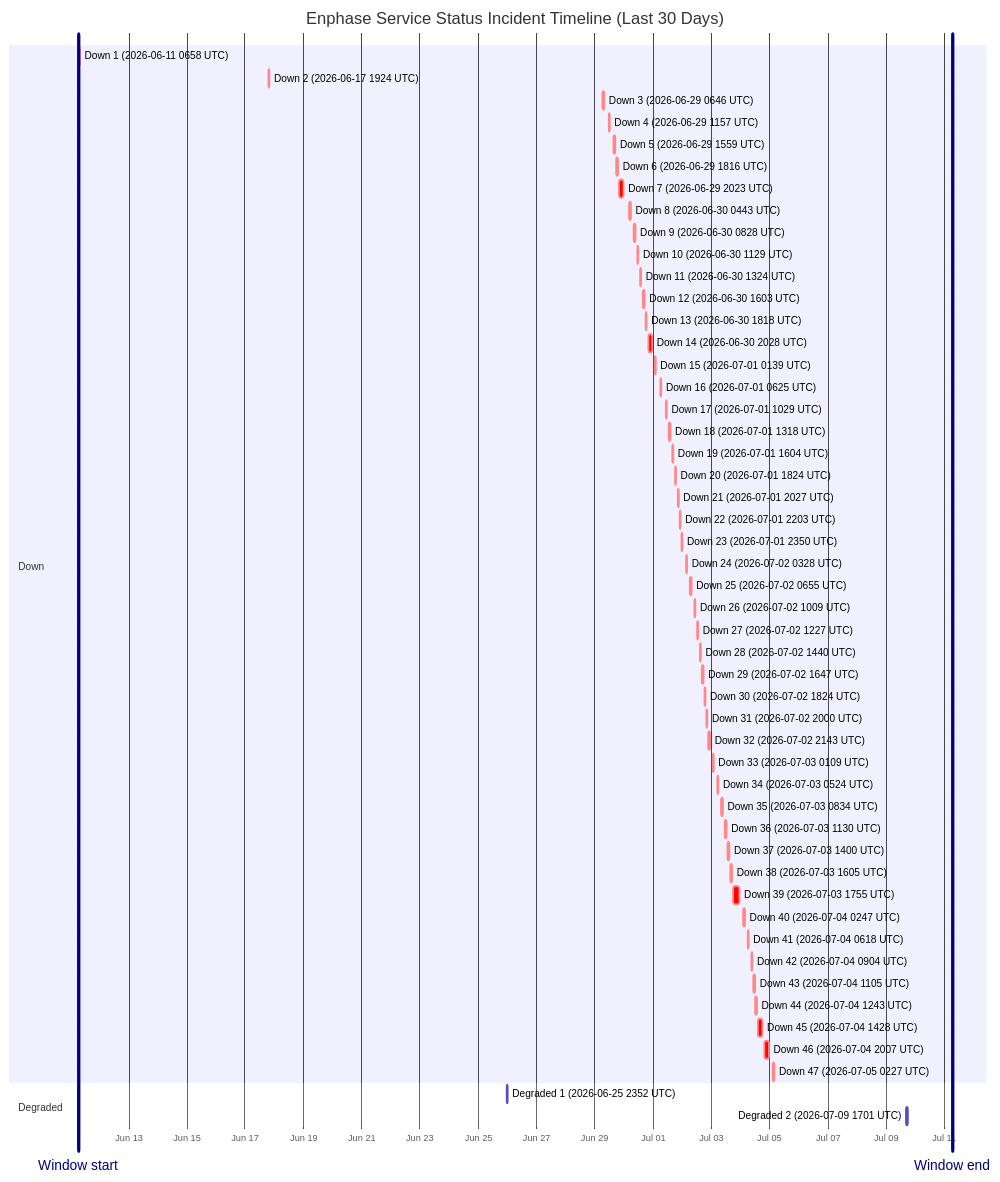
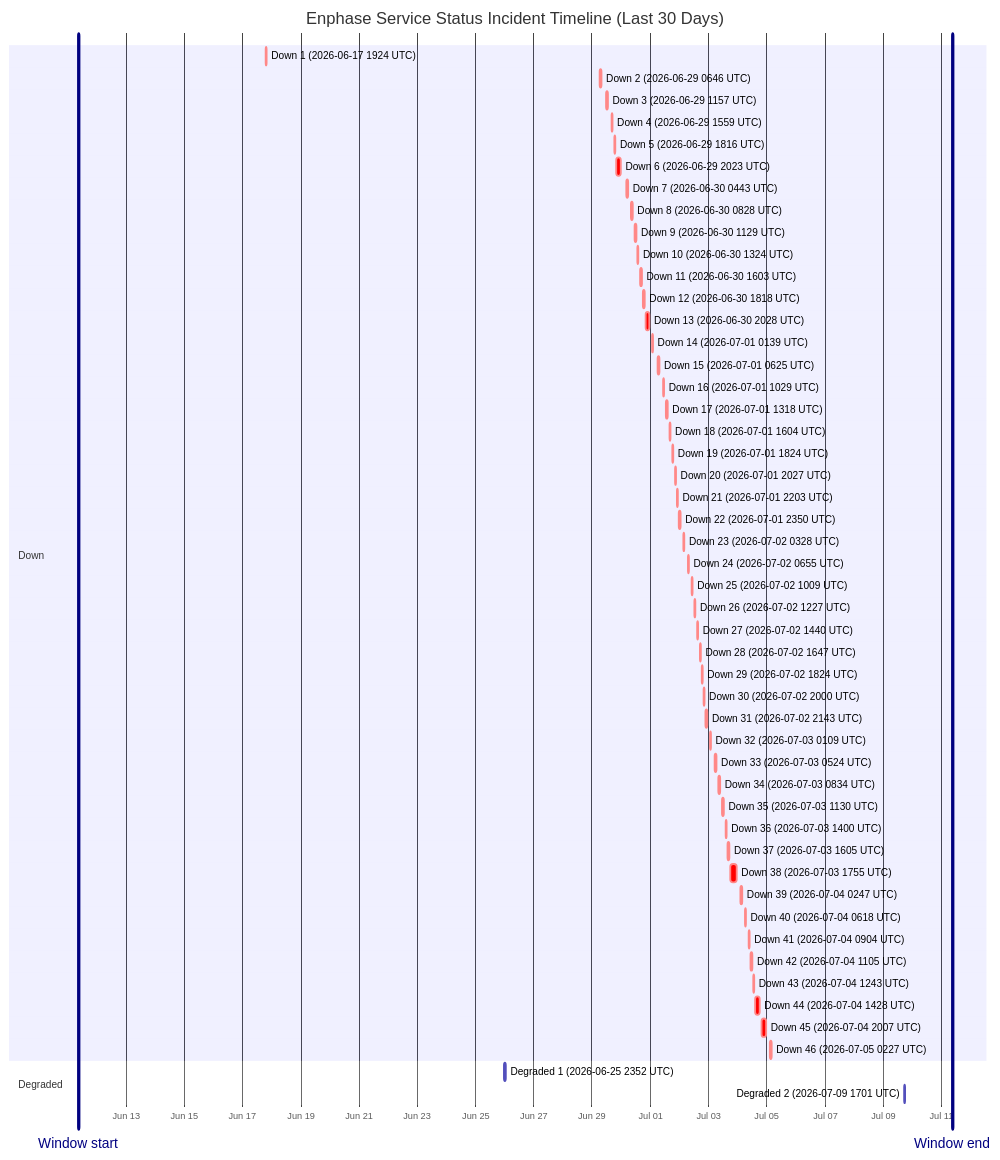
Before and after one commit to barneyonline/ha-enphase-energy: the diagram in wiki/Service-Status-History.md, drawn with Mermaid. The commit also changed other lines of this file and 3 other files, not shown here.

````diff
--- a/wiki/Service-Status-History.md
+++ b/wiki/Service-Status-History.md
@@ -14,59 +14,58 @@
 ```mermaid
 gantt
     title Enphase Service Status Incident Timeline (Last 30 Days)
     dateFormat  YYYY-MM-DDTHH:mm:ss
     axisFormat  %b %d
-    Window start :vert, window-start, 2026-06-11T06:34:17, 0ms
-    Window end :vert, window-end, 2026-07-11T06:34:17, 0ms
+    Window start :vert, window-start, 2026-06-11T08:45:29, 0ms
+    Window end :vert, window-end, 2026-07-11T08:45:29, 0ms
     section Down
-    Down 1 (2026-06-11 0658 UTC) :crit, down-1, 2026-06-11T06:58:45, 60m
-    Down 2 (2026-06-17 1924 UTC) :crit, down-2, 2026-06-17T19:24:51, 60m
-    Down 3 (2026-06-29 0646 UTC) :crit, down-3, 2026-06-29T06:46:18, 60m
-    Down 4 (2026-06-29 1157 UTC) :crit, down-4, 2026-06-29T11:57:36, 60m
-    Down 5 (2026-06-29 1559 UTC) :crit, down-5, 2026-06-29T15:59:02, 60m
-    Down 6 (2026-06-29 1816 UTC) :crit, down-6, 2026-06-29T18:16:38, 60m
-    Down 7 (2026-06-29 2023 UTC) :crit, down-7, 2026-06-29T20:23:16, 220m
-    Down 8 (2026-06-30 0443 UTC) :crit, down-8, 2026-06-30T04:43:54, 60m
-    Down 9 (2026-06-30 0828 UTC) :crit, down-9, 2026-06-30T08:28:43, 60m
-    Down 10 (2026-06-30 1129 UTC) :crit, down-10, 2026-06-30T11:29:15, 60m
-    Down 11 (2026-06-30 1324 UTC) :crit, down-11, 2026-06-30T13:24:25, 60m
-    Down 12 (2026-06-30 1603 UTC) :crit, down-12, 2026-06-30T16:03:26, 60m
-    Down 13 (2026-06-30 1818 UTC) :crit, down-13, 2026-06-30T18:18:39, 60m
-    Down 14 (2026-06-30 2028 UTC) :crit, down-14, 2026-06-30T20:28:54, 171m
-    Down 15 (2026-07-01 0139 UTC) :crit, down-15, 2026-07-01T01:39:18, 60m
-    Down 16 (2026-07-01 0625 UTC) :crit, down-16, 2026-07-01T06:25:35, 60m
-    Down 17 (2026-07-01 1029 UTC) :crit, down-17, 2026-07-01T10:29:24, 60m
-    Down 18 (2026-07-01 1318 UTC) :crit, down-18, 2026-07-01T13:18:31, 60m
-    Down 19 (2026-07-01 1604 UTC) :crit, down-19, 2026-07-01T16:04:29, 60m
-    Down 20 (2026-07-01 1824 UTC) :crit, down-20, 2026-07-01T18:24:21, 60m
-    Down 21 (2026-07-01 2027 UTC) :crit, down-21, 2026-07-01T20:27:17, 60m
-    Down 22 (2026-07-01 2203 UTC) :crit, down-22, 2026-07-01T22:03:46, 60m
-    Down 23 (2026-07-01 2350 UTC) :crit, down-23, 2026-07-01T23:50:52, 60m
-    Down 24 (2026-07-02 0328 UTC) :crit, down-24, 2026-07-02T03:28:33, 60m
-    Down 25 (2026-07-02 0655 UTC) :crit, down-25, 2026-07-02T06:55:07, 60m
-    Down 26 (2026-07-02 1009 UTC) :crit, down-26, 2026-07-02T10:09:15, 60m
-    Down 27 (2026-07-02 1227 UTC) :crit, down-27, 2026-07-02T12:27:49, 60m
-    Down 28 (2026-07-02 1440 UTC) :crit, down-28, 2026-07-02T14:40:53, 60m
-    Down 29 (2026-07-02 1647 UTC) :crit, down-29, 2026-07-02T16:47:47, 60m
-    Down 30 (2026-07-02 1824 UTC) :crit, down-30, 2026-07-02T18:24:26, 60m
-    Down 31 (2026-07-02 2000 UTC) :crit, down-31, 2026-07-02T20:00:57, 60m
-    Down 32 (2026-07-02 2143 UTC) :crit, down-32, 2026-07-02T21:43:52, 80m
-    Down 33 (2026-07-03 0109 UTC) :crit, down-33, 2026-07-03T01:09:19, 60m
-    Down 34 (2026-07-03 0524 UTC) :crit, down-34, 2026-07-03T05:24:23, 60m
-    Down 35 (2026-07-03 0834 UTC) :crit, down-35, 2026-07-03T08:34:05, 60m
-    Down 36 (2026-07-03 1130 UTC) :crit, down-36, 2026-07-03T11:30:41, 60m
-    Down 37 (2026-07-03 1400 UTC) :crit, down-37, 2026-07-03T14:00:48, 60m
-    Down 38 (2026-07-03 1605 UTC) :crit, down-38, 2026-07-03T16:05:49, 60m
-    Down 39 (2026-07-03 1755 UTC) :crit, down-39, 2026-07-03T17:55:54, 338m
-    Down 40 (2026-07-04 0247 UTC) :crit, down-40, 2026-07-04T02:47:22, 60m
-    Down 41 (2026-07-04 0618 UTC) :crit, down-41, 2026-07-04T06:18:09, 60m
-    Down 42 (2026-07-04 0904 UTC) :crit, down-42, 2026-07-04T09:04:41, 60m
-    Down 43 (2026-07-04 1105 UTC) :crit, down-43, 2026-07-04T11:05:21, 60m
-    Down 44 (2026-07-04 1243 UTC) :crit, down-44, 2026-07-04T12:43:25, 60m
-    Down 45 (2026-07-04 1428 UTC) :crit, down-45, 2026-07-04T14:28:07, 243m
-    Down 46 (2026-07-04 2007 UTC) :crit, down-46, 2026-07-04T20:07:50, 206m
-    Down 47 (2026-07-05 0227 UTC) :crit, down-47, 2026-07-05T02:27:32, 109m
+    Down 1 (2026-06-17 1924 UTC) :crit, down-1, 2026-06-17T19:24:51, 60m
+    Down 2 (2026-06-29 0646 UTC) :crit, down-2, 2026-06-29T06:46:18, 60m
+    Down 3 (2026-06-29 1157 UTC) :crit, down-3, 2026-06-29T11:57:36, 60m
+    Down 4 (2026-06-29 1559 UTC) :crit, down-4, 2026-06-29T15:59:02, 60m
+    Down 5 (2026-06-29 1816 UTC) :crit, down-5, 2026-06-29T18:16:38, 60m
+    Down 6 (2026-06-29 2023 UTC) :crit, down-6, 2026-06-29T20:23:16, 220m
+    Down 7 (2026-06-30 0443 UTC) :crit, down-7, 2026-06-30T04:43:54, 60m
+    Down 8 (2026-06-30 0828 UTC) :crit, down-8, 2026-06-30T08:28:43, 60m
+    Down 9 (2026-06-30 1129 UTC) :crit, down-9, 2026-06-30T11:29:15, 60m
+    Down 10 (2026-06-30 1324 UTC) :crit, down-10, 2026-06-30T13:24:25, 60m
+    Down 11 (2026-06-30 1603 UTC) :crit, down-11, 2026-06-30T16:03:26, 60m
+    Down 12 (2026-06-30 1818 UTC) :crit, down-12, 2026-06-30T18:18:39, 60m
+    Down 13 (2026-06-30 2028 UTC) :crit, down-13, 2026-06-30T20:28:54, 171m
+    Down 14 (2026-07-01 0139 UTC) :crit, down-14, 2026-07-01T01:39:18, 60m
+    Down 15 (2026-07-01 0625 UTC) :crit, down-15, 2026-07-01T06:25:35, 60m
+    Down 16 (2026-07-01 1029 UTC) :crit, down-16, 2026-07-01T10:29:24, 60m
+    Down 17 (2026-07-01 1318 UTC) :crit, down-17, 2026-07-01T13:18:31, 60m
+    Down 18 (2026-07-01 1604 UTC) :crit, down-18, 2026-07-01T16:04:29, 60m
+    Down 19 (2026-07-01 1824 UTC) :crit, down-19, 2026-07-01T18:24:21, 60m
+    Down 20 (2026-07-01 2027 UTC) :crit, down-20, 2026-07-01T20:27:17, 60m
+    Down 21 (2026-07-01 2203 UTC) :crit, down-21, 2026-07-01T22:03:46, 60m
+    Down 22 (2026-07-01 2350 UTC) :crit, down-22, 2026-07-01T23:50:52, 60m
+    Down 23 (2026-07-02 0328 UTC) :crit, down-23, 2026-07-02T03:28:33, 60m
+    Down 24 (2026-07-02 0655 UTC) :crit, down-24, 2026-07-02T06:55:07, 60m
+    Down 25 (2026-07-02 1009 UTC) :crit, down-25, 2026-07-02T10:09:15, 60m
+    Down 26 (2026-07-02 1227 UTC) :crit, down-26, 2026-07-02T12:27:49, 60m
+    Down 27 (2026-07-02 1440 UTC) :crit, down-27, 2026-07-02T14:40:53, 60m
+    Down 28 (2026-07-02 1647 UTC) :crit, down-28, 2026-07-02T16:47:47, 60m
+    Down 29 (2026-07-02 1824 UTC) :crit, down-29, 2026-07-02T18:24:26, 60m
+    Down 30 (2026-07-02 2000 UTC) :crit, down-30, 2026-07-02T20:00:57, 60m
+    Down 31 (2026-07-02 2143 UTC) :crit, down-31, 2026-07-02T21:43:52, 80m
+    Down 32 (2026-07-03 0109 UTC) :crit, down-32, 2026-07-03T01:09:19, 60m
+    Down 33 (2026-07-03 0524 UTC) :crit, down-33, 2026-07-03T05:24:23, 60m
+    Down 34 (2026-07-03 0834 UTC) :crit, down-34, 2026-07-03T08:34:05, 60m
+    Down 35 (2026-07-03 1130 UTC) :crit, down-35, 2026-07-03T11:30:41, 60m
+    Down 36 (2026-07-03 1400 UTC) :crit, down-36, 2026-07-03T14:00:48, 60m
+    Down 37 (2026-07-03 1605 UTC) :crit, down-37, 2026-07-03T16:05:49, 60m
+    Down 38 (2026-07-03 1755 UTC) :crit, down-38, 2026-07-03T17:55:54, 338m
+    Down 39 (2026-07-04 0247 UTC) :crit, down-39, 2026-07-04T02:47:22, 60m
+    Down 40 (2026-07-04 0618 UTC) :crit, down-40, 2026-07-04T06:18:09, 60m
+    Down 41 (2026-07-04 0904 UTC) :crit, down-41, 2026-07-04T09:04:41, 60m
+    Down 42 (2026-07-04 1105 UTC) :crit, down-42, 2026-07-04T11:05:21, 60m
+    Down 43 (2026-07-04 1243 UTC) :crit, down-43, 2026-07-04T12:43:25, 60m
+    Down 44 (2026-07-04 1428 UTC) :crit, down-44, 2026-07-04T14:28:07, 243m
+    Down 45 (2026-07-04 2007 UTC) :crit, down-45, 2026-07-04T20:07:50, 206m
+    Down 46 (2026-07-05 0227 UTC) :crit, down-46, 2026-07-05T02:27:32, 109m
     section Degraded
     Degraded 1 (2026-06-25 2352 UTC) :active, degraded-1, 2026-06-25T23:52:01, 60m
     Degraded 2 (2026-07-09 1701 UTC) :active, degraded-2, 2026-07-09T17:01:02, 60m
 ```
````
